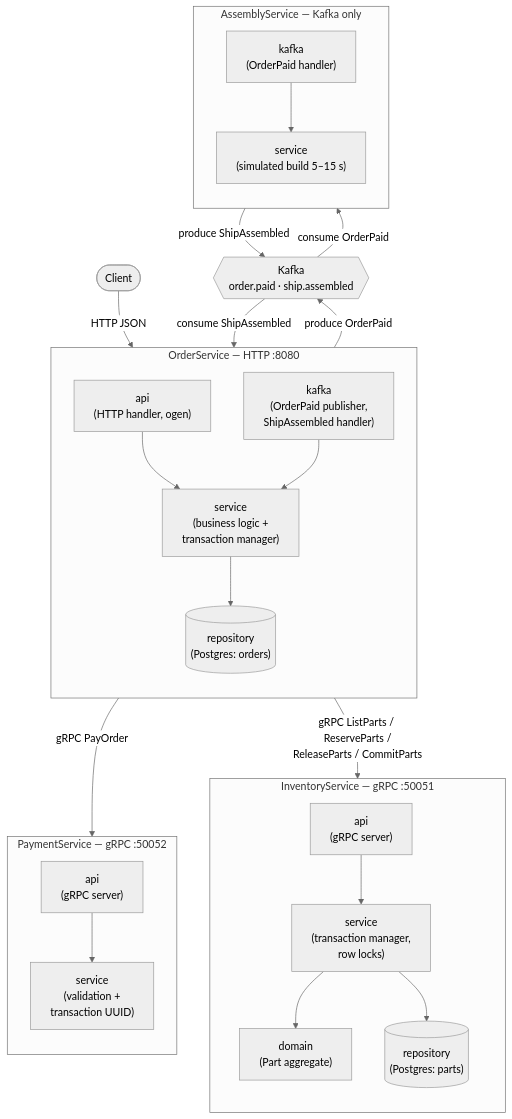
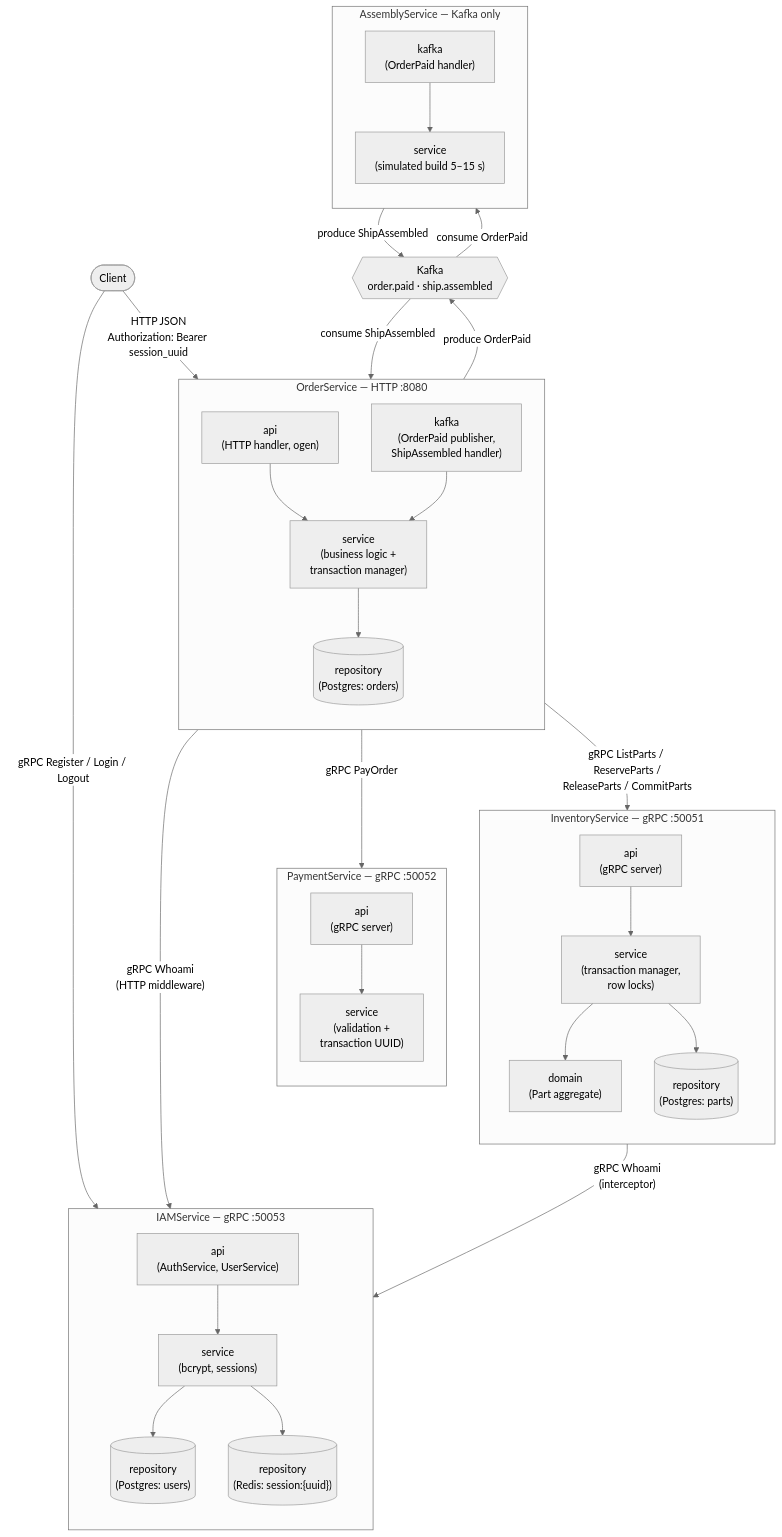
The first of 6 diagrams in docs/architecture.md (omaigo88/ms-ex), drawn with Mermaid (neutral theme) before and after one commit. The commit also changed other lines of this file and 64 other files, not shown here.

````diff
--- a/docs/architecture.md
+++ b/docs/architecture.md
@@ -39,50 +47,64 @@
 ```mermaid
 flowchart TB
     Client(["Client"])
 
     subgraph OrderService["OrderService — HTTP :8080"]
         direction TB
         OrderAPI["api\n(HTTP handler, ogen)"]
         OrderKafka["kafka\n(OrderPaid publisher,\nShipAssembled handler)"]
         OrderSvc["service\n(business logic +\ntransaction manager)"]
         OrderRepo[("repository\n(Postgres: orders)")]
         OrderAPI --> OrderSvc
         OrderKafka --> OrderSvc
         OrderSvc --> OrderRepo
     end
 
     subgraph InventoryService["InventoryService — gRPC :50051"]
         direction TB
         InvAPI["api\n(gRPC server)"]
         InvSvc["service\n(transaction manager,\nrow locks)"]
         InvDomain["domain\n(Part aggregate)"]
         InvRepo[("repository\n(Postgres: parts)")]
         InvAPI --> InvSvc
         InvSvc --> InvDomain
         InvSvc --> InvRepo
     end
 
     subgraph PaymentService["PaymentService — gRPC :50052"]
         direction TB
         PayAPI["api\n(gRPC server)"]
         PaySvc["service\n(validation +\ntransaction UUID)"]
         PayAPI --> PaySvc
     end
 
+    subgraph IAMService["IAMService — gRPC :50053"]
+        direction TB
+        IAMAPI["api\n(AuthService, UserService)"]
+        IAMSvc["service\n(bcrypt, sessions)"]
+        IAMUsers[("repository\n(Postgres: users)")]
+        IAMSessions[("repository\n(Redis: session:{uuid})")]
+        IAMAPI --> IAMSvc
+        IAMSvc --> IAMUsers
+        IAMSvc --> IAMSessions
+    end
+
     subgraph AssemblyService["AssemblyService — Kafka only"]
         direction TB
         AsmKafka["kafka\n(OrderPaid handler)"]
         AsmSvc["service\n(simulated build 5–15 s)"]
         AsmKafka --> AsmSvc
     end
 
     Kafka{{"Kafka\norder.paid · ship.assembled"}}
 
-    Client -- "HTTP JSON" --> OrderAPI
+    Client -- "HTTP JSON\nAuthorization: Bearer session_uuid" --> OrderAPI
+    Client -- "gRPC Register / Login / Logout" --> IAMAPI
+    OrderAPI -- "gRPC Whoami\n(HTTP middleware)" --> IAMAPI
+    InvAPI -- "gRPC Whoami\n(interceptor)" --> IAMAPI
     OrderSvc -- "gRPC ListParts / ReserveParts /\nReleaseParts / CommitParts" --> InvAPI
     OrderSvc -- "gRPC PayOrder" --> PayAPI
     OrderKafka -- "produce OrderPaid" --> Kafka
     Kafka -- "consume OrderPaid" --> AsmKafka
     AsmKafka -- "produce ShipAssembled" --> Kafka
     Kafka -- "consume ShipAssembled" --> OrderKafka
 ```
````
